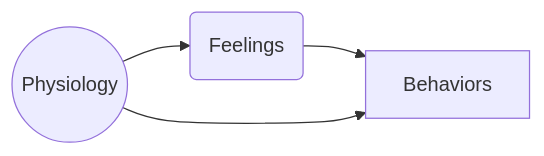
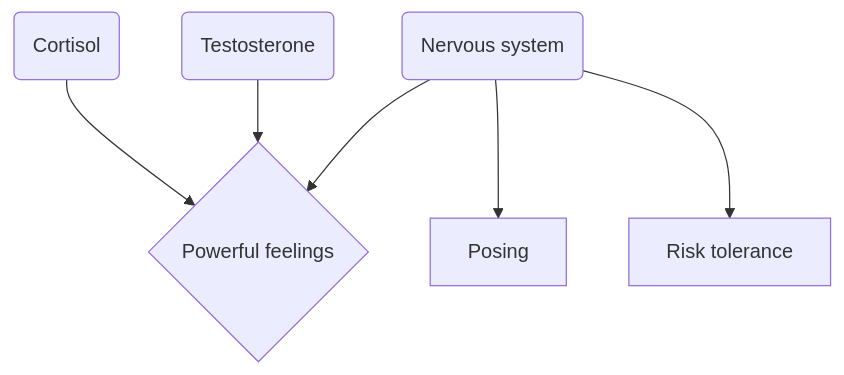
One commit to psu-psychology/psych-490-reproducibility-2023-fall changed the fourth of 8 diagrams in src/notes/wk09-2023-10-18.qmd. Above: the diagram before and after it, drawn with Mermaid. The commit also changed other lines of this file and 29 other files, not shown here.

````diff
--- a/src/notes/wk09-2023-10-18.qmd
+++ b/src/notes/wk09-2023-10-18.qmd
@@ -301,7 +306,8 @@
 ```{mermaid}
-%%| fig-height: 6.5
-flowchart LR
-  B(Feelings) -->A[Behaviors]
-  C((Physiology)) -->A
-  C -->B
+flowchart TD
+  C(Cortisol) -->D{Powerful feelings}
+  B(Testosterone) -->D
+  F(Nervous system) -->D
+  F --> A[Posing]
+  F --> E[Risk tolerance]
 ```
````
